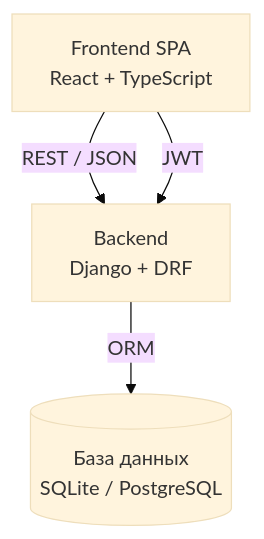
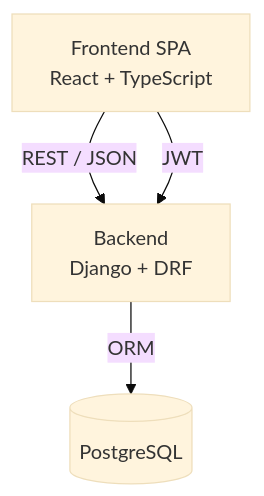
Before and after one commit to const-neshumaev/bank-cash-ops: the first of 3 diagrams in docs/architecture.md, drawn with Mermaid (base theme). The commit also changed other lines of this file and 9 other files, not shown here.

First line of the commit message:
Switch development database to PostgreSQL

````diff
--- a/docs/architecture.md
+++ b/docs/architecture.md
@@ -8,6 +8,6 @@
 ```mermaid
 graph TD
     A[Frontend SPA<br/>React + TypeScript] -->|REST / JSON| B[Backend<br/>Django + DRF]
-    B -->|ORM| C[(База данных<br/>SQLite / PostgreSQL)]
+    B -->|ORM| C[(PostgreSQL)]
     A -->|JWT| B
 ```
````
